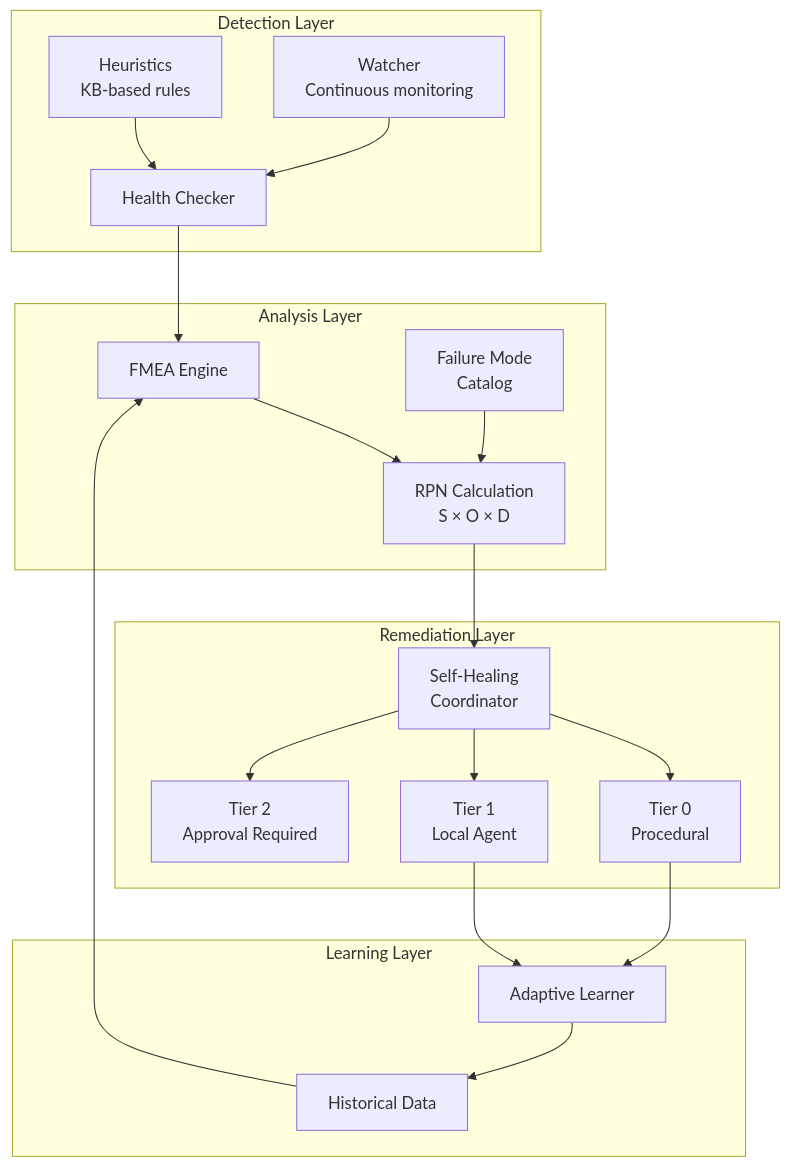
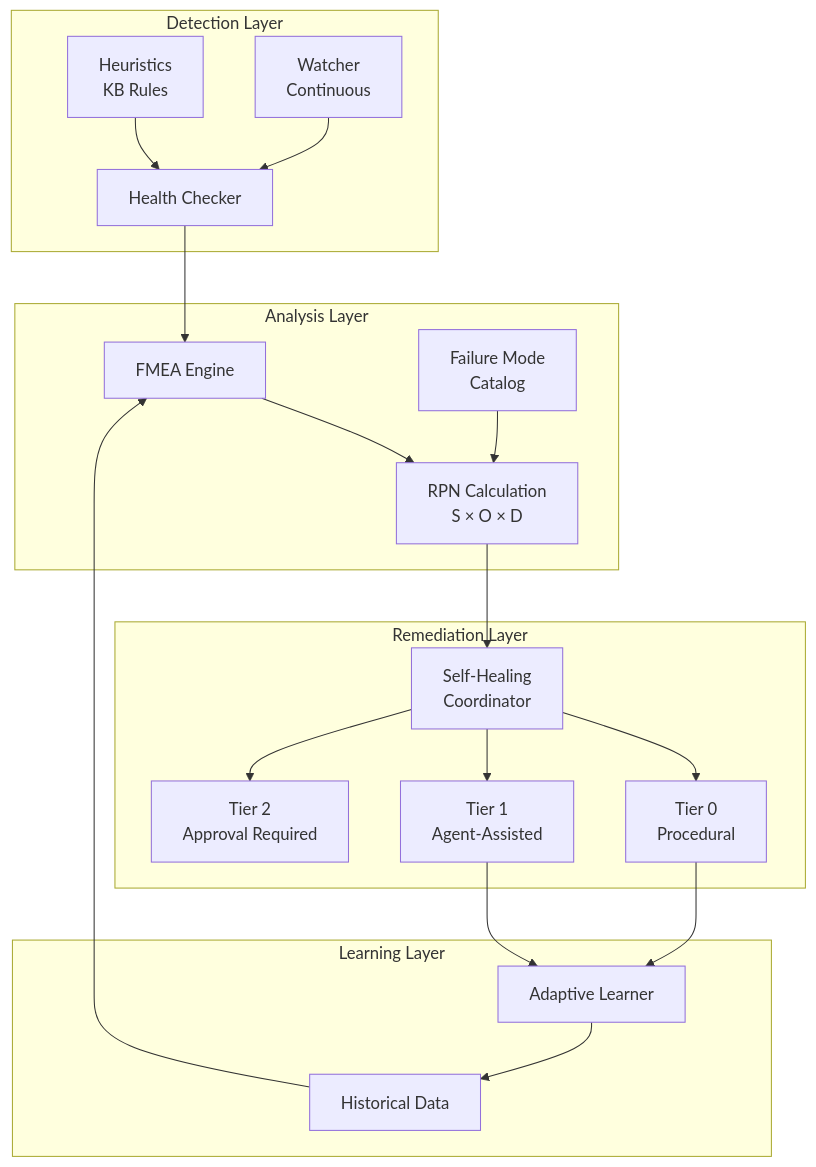
Before and after one commit to zndx/gaius: the first of 2 diagrams in src/gaius/health/README.md, drawn with Mermaid. The commit also changed other lines of this file and 8 other files, not shown here.

````diff
--- a/src/gaius/health/README.md
+++ b/src/gaius/health/README.md
@@ -7,43 +7,43 @@
 ```mermaid
 graph TB
     subgraph "Detection Layer"
         HC[Health Checker]
-        HEUR[Heuristics<br/>KB-based rules]
-        WATCH[Watcher<br/>Continuous monitoring]
+        HEUR[Heuristics<br/>KB Rules]
+        WATCH[Watcher<br/>Continuous]
     end
 
     subgraph "Analysis Layer"
         FMEA[FMEA Engine]
         RPN[RPN Calculation<br/>S × O × D]
         CAT[Failure Mode<br/>Catalog]
     end
 
     subgraph "Remediation Layer"
         SH[Self-Healing<br/>Coordinator]
         T0[Tier 0<br/>Procedural]
-        T1[Tier 1<br/>Local Agent]
+        T1[Tier 1<br/>Agent-Assisted]
         T2[Tier 2<br/>Approval Required]
     end
 
     subgraph "Learning Layer"
         LEARN[Adaptive Learner]
         HIST[Historical Data]
     end
 
     HC --> FMEA
     HEUR --> HC
     WATCH --> HC
 
     FMEA --> RPN
     CAT --> RPN
     RPN --> SH
 
     SH --> T0
     SH --> T1
     SH --> T2
 
     T0 --> LEARN
     T1 --> LEARN
     LEARN --> HIST
     HIST --> FMEA
 ```
````
